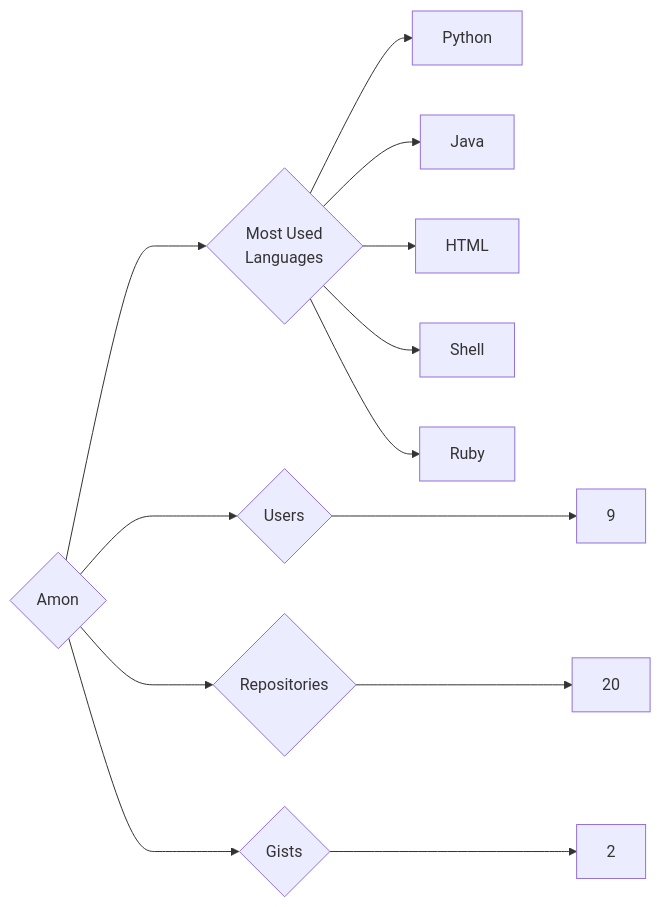
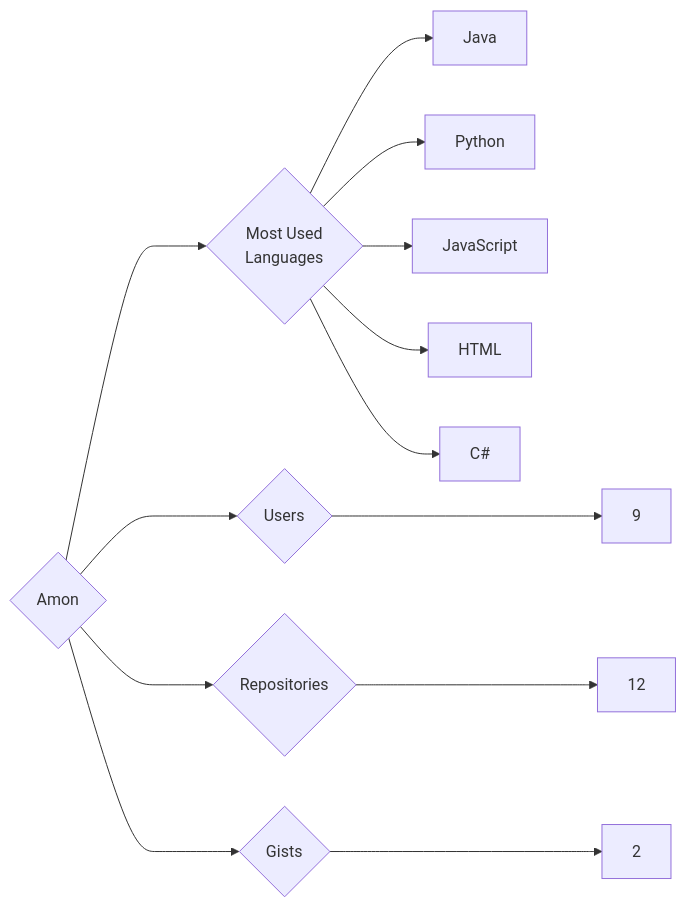
Before and after one commit to trickest/insiders: the diagram in targets/Amon/README.md, drawn with Mermaid. The commit also changed 725 other files, not shown here.

````diff
--- a/targets/Amon/README.md
+++ b/targets/Amon/README.md
@@ -3,13 +3,13 @@
 ```mermaid
 graph LR
 COMPANY_NAME{Amon}
 COMPANY_NAME ---> U{Users} ---> UN[9]
-COMPANY_NAME ---> R{Repositories} ---> RN[20]
+COMPANY_NAME ---> R{Repositories} ---> RN[12]
 COMPANY_NAME ---> G{Gists} ---> GN[2]
 COMPANY_NAME ---> ML{Most Used<br>Languages}
+ML --> Java[Java]
 ML --> Python[Python]
-ML --> Java[Java]
+ML --> JavaScript[JavaScript]
 ML --> HTML[HTML]
-ML --> Shell[Shell]
-ML --> Ruby[Ruby]
+ML --> C#[C#]
 ```
````
